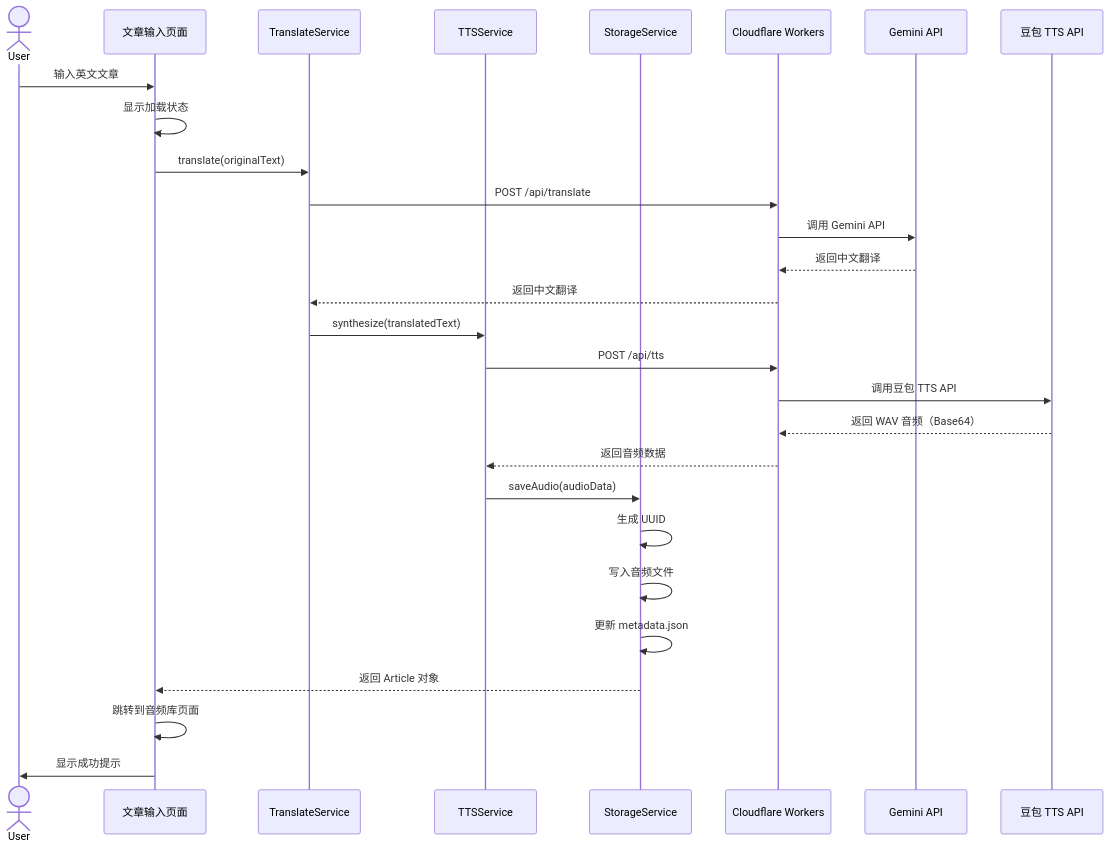
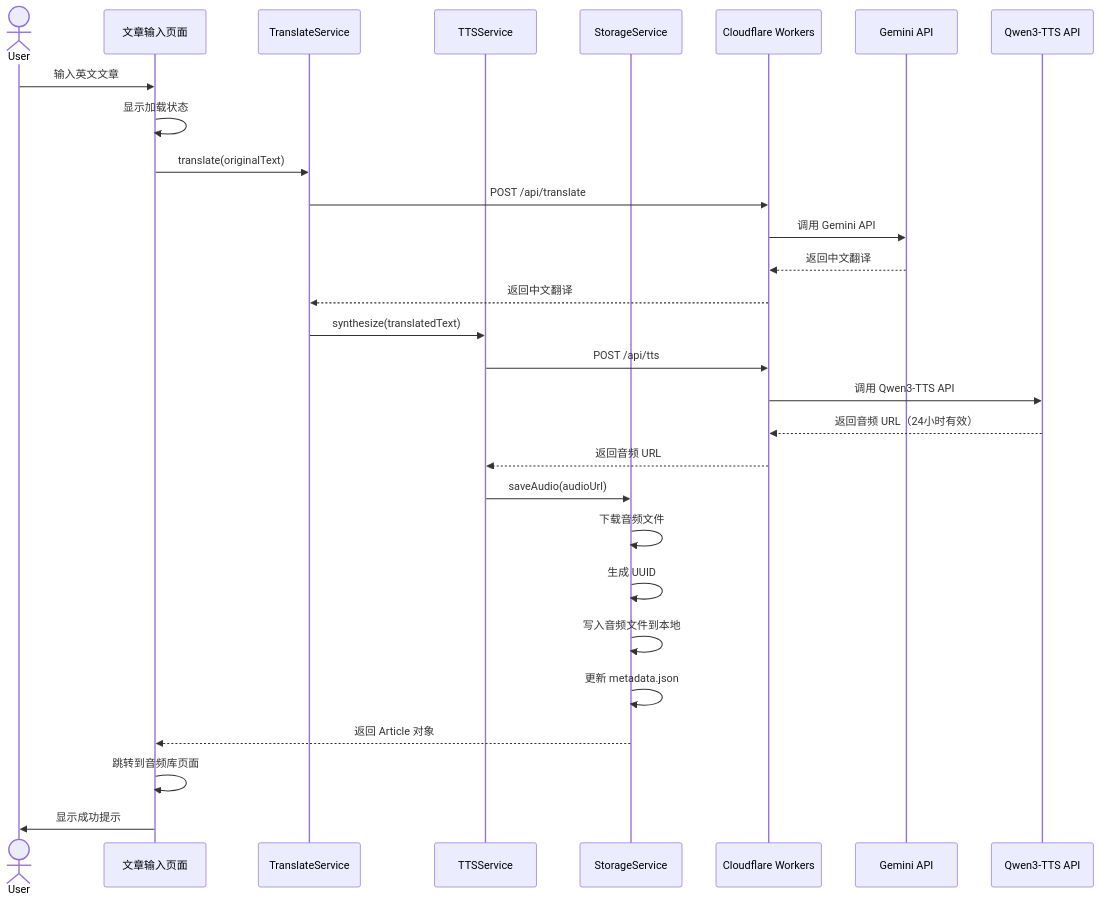
Before and after one commit to persomsad/Audiofy: the second of 3 diagrams in docs/architecture/ADR-002-Architecture-Design.md, drawn with Mermaid. The commit also changed other lines of this file and 1 other file, not shown here.

First line of the commit message:
docs(adr): migrate TTS from Doubao to Qwen3-TTS

````diff
--- a/docs/architecture/ADR-002-Architecture-Design.md
+++ b/docs/architecture/ADR-002-Architecture-Design.md
@@ -135,35 +135,36 @@
 ```mermaid
 sequenceDiagram
     actor User
     participant UI as 文章输入页面
     participant TS as TranslateService
     participant TTSS as TTSService
     participant SS as StorageService
     participant Proxy as Cloudflare Workers
     participant Gemini as Gemini API
-    participant Doubao as 豆包 TTS API
+    participant Qwen3TTS as Qwen3-TTS API
 
     User->>UI: 输入英文文章
     UI->>UI: 显示加载状态
 
     UI->>TS: translate(originalText)
     TS->>Proxy: POST /api/translate
     Proxy->>Gemini: 调用 Gemini API
     Gemini-->>Proxy: 返回中文翻译
     Proxy-->>TS: 返回中文翻译
 
     TS->>TTSS: synthesize(translatedText)
     TTSS->>Proxy: POST /api/tts
-    Proxy->>Doubao: 调用豆包 TTS API
-    Doubao-->>Proxy: 返回 WAV 音频（Base64）
-    Proxy-->>TTSS: 返回音频数据
+    Proxy->>Qwen3TTS: 调用 Qwen3-TTS API
+    Qwen3TTS-->>Proxy: 返回音频 URL（24小时有效）
+    Proxy-->>TTSS: 返回音频 URL
 
-    TTSS->>SS: saveAudio(audioData)
+    TTSS->>SS: saveAudio(audioUrl)
+    SS->>SS: 下载音频文件
     SS->>SS: 生成 UUID
-    SS->>SS: 写入音频文件
+    SS->>SS: 写入音频文件到本地
     SS->>SS: 更新 metadata.json
     SS-->>UI: 返回 Article 对象
 
     UI->>UI: 跳转到音频库页面
     UI->>User: 显示成功提示
 ```
````
